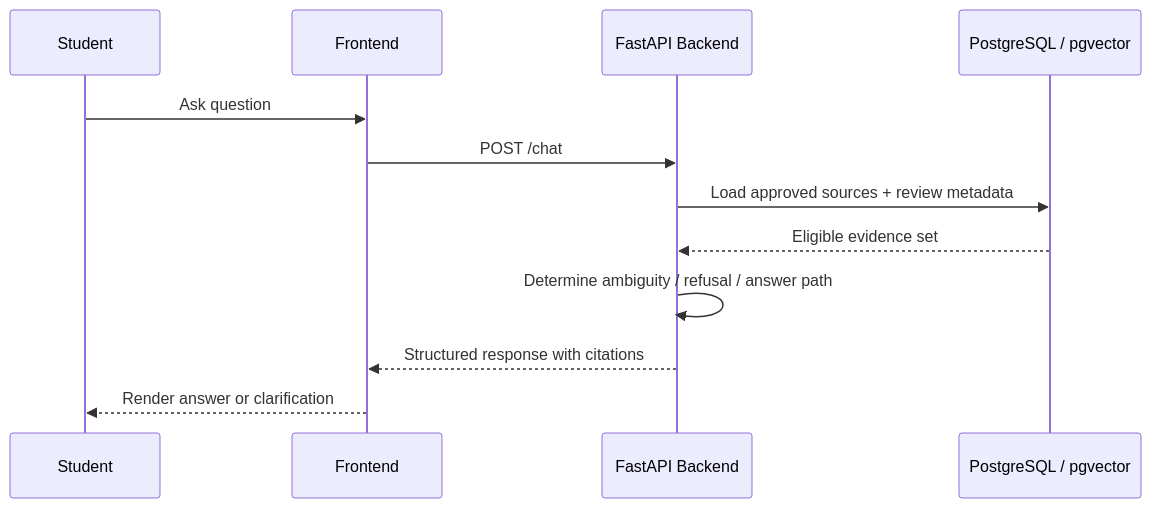
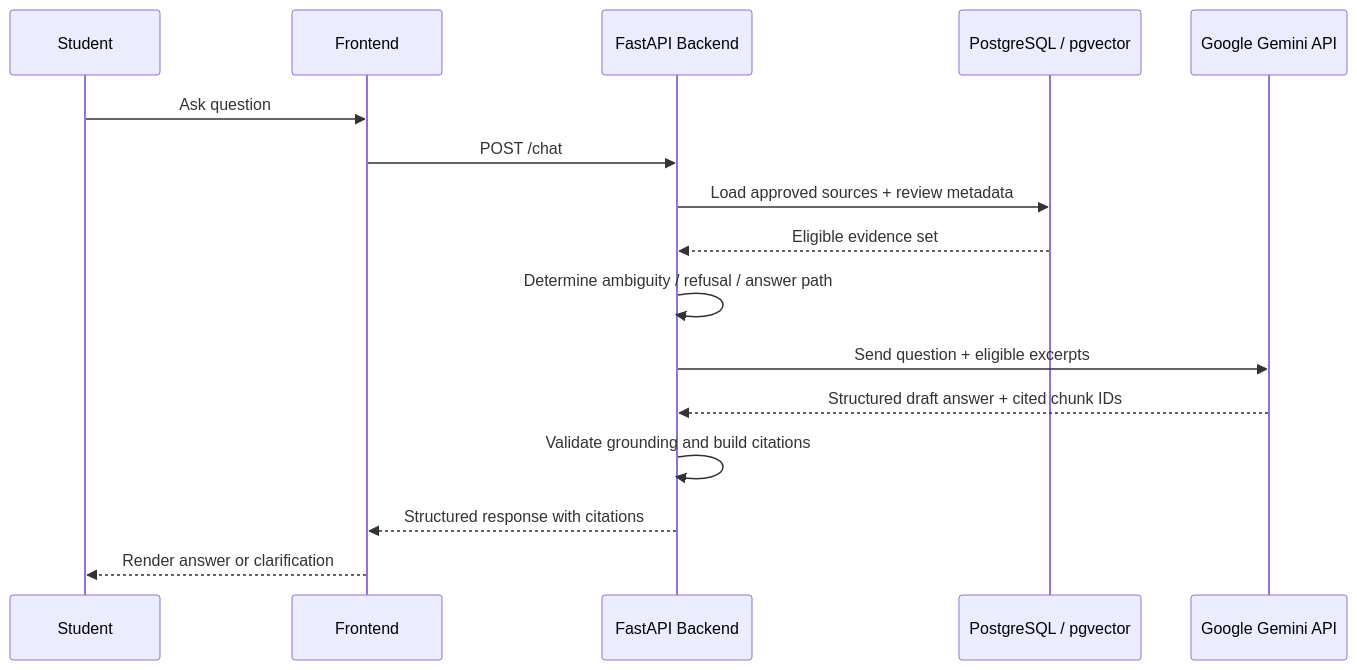
One commit to PNWCS/Fall2026SoftwareDesignChatBot changed the second of 2 diagrams in specs/001-pnw-student-information-chatbot/plan.md. Above: the diagram before and after it, drawn with Mermaid. The commit also changed other lines of this file and 2 other files, not shown here.

Commit message:
modifed plan to add google gemini api

````diff
--- a/specs/001-pnw-student-information-chatbot/plan.md
+++ b/specs/001-pnw-student-information-chatbot/plan.md
@@ -114,15 +116,19 @@
 ```mermaid
 sequenceDiagram
     participant Student
     participant Frontend
     participant API as FastAPI Backend
     participant DB as PostgreSQL / pgvector
+    participant LLM as Google Gemini API
 
     Student->>Frontend: Ask question
     Frontend->>API: POST /chat
     API->>DB: Load approved sources + review metadata
     DB-->>API: Eligible evidence set
     API->>API: Determine ambiguity / refusal / answer path
+    API->>LLM: Send question + eligible excerpts
+    LLM-->>API: Structured draft answer + cited chunk IDs
+    API->>API: Validate grounding and build citations
     API-->>Frontend: Structured response with citations
     Frontend-->>Student: Render answer or clarification
 ```
````
